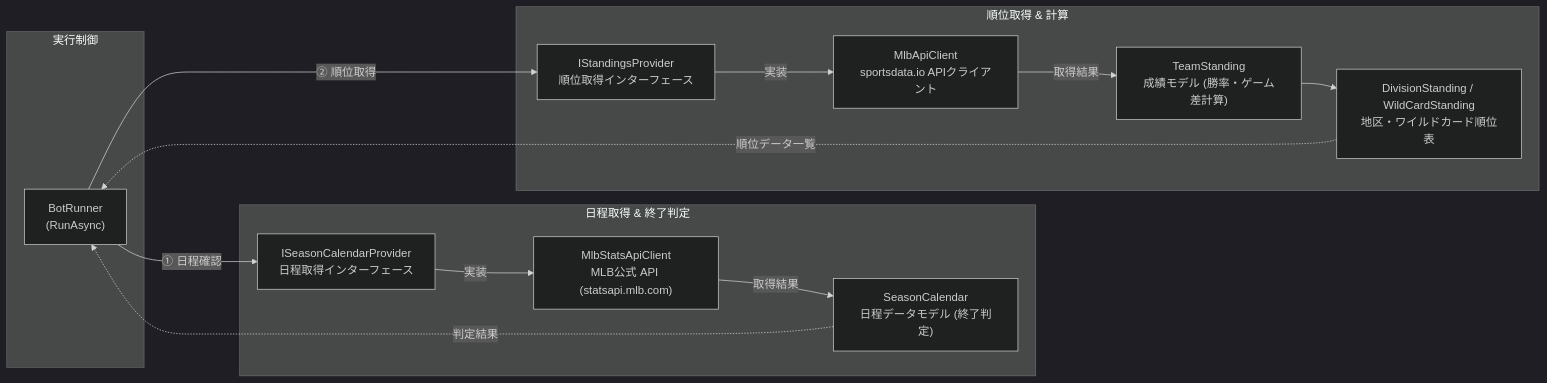
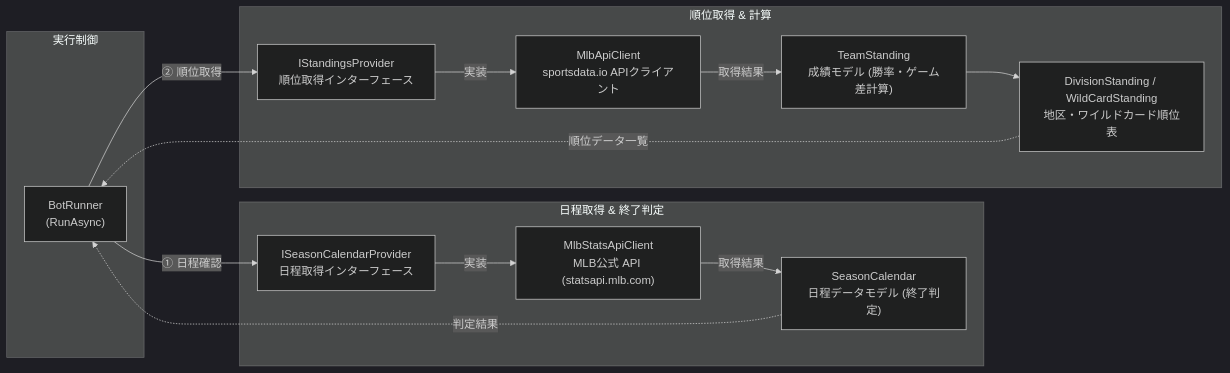
The third of 7 diagrams in docs/development.md (shin4488/MlbBot), drawn with Mermaid (dark theme) before and after one commit. The commit also changed other lines of this file, not shown here.

First line of the commit message:
Revert "docs: Mermaid図で①を②の上、③を④の上の配置に固定"

````diff
--- a/docs/development.md
+++ b/docs/development.md
@@ -110,35 +108,31 @@
 ```mermaid
 flowchart LR
     subgraph Caller["実行制御"]
         BR1["BotRunner<br>(RunAsync)"]
     end
 
     subgraph Calendar["日程取得 & 終了判定"]
         ISC["ISeasonCalendarProvider<br>日程取得インターフェース"] -->|実装| MSC["MlbStatsApiClient<br>MLB公式 API (statsapi.mlb.com)"]
         MSC -->|取得結果| SC["SeasonCalendar<br>日程データモデル (終了判定)"]
     end
 
     subgraph Standings["順位取得 & 計算"]
         ISP["IStandingsProvider<br>順位取得インターフェース"] -->|実装| MAC["MlbApiClient<br>sportsdata.io APIクライアント"]
         MAC -->|取得結果| TS["TeamStanding<br>成績モデル (勝率・ゲーム差計算)"]
         TS --> DS["DivisionStanding / WildCardStanding<br>地区・ワイルドカード順位表"]
     end
 
-    ISC ~~~ ISP
-    MSC ~~~ MAC
-    SC ~~~ TS
-
     BR1 -->|① 日程確認| ISC
     SC -.->|判定結果| BR1
     BR1 -->|② 順位取得| ISP
     DS -.->|順位データ一覧| BR1
 
     click BR1 "../TwitterMlbBot/BotRunner.cs"
     click ISC "../TwitterMlbBot/Mlb/ISeasonCalendarProvider.cs"
     click MSC "../TwitterMlbBot/Mlb/MlbStatsApiClient.cs"
     click SC "../TwitterMlbBot/Mlb/SeasonCalendar.cs"
     click ISP "../TwitterMlbBot/Mlb/IStandingsProvider.cs"
     click MAC "../TwitterMlbBot/Mlb/MlbApiClient.cs"
     click TS "../TwitterMlbBot/Mlb/TeamStanding.cs"
     click DS "../TwitterMlbBot/Mlb/"
 ```
````
